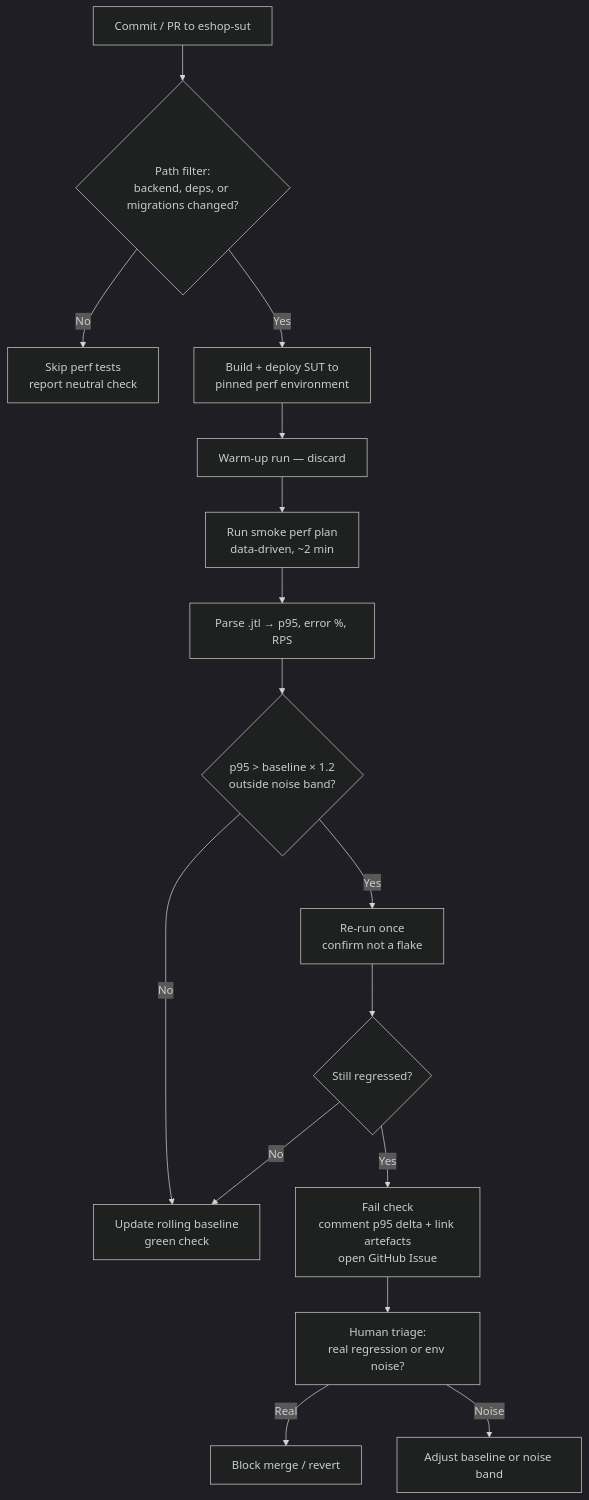
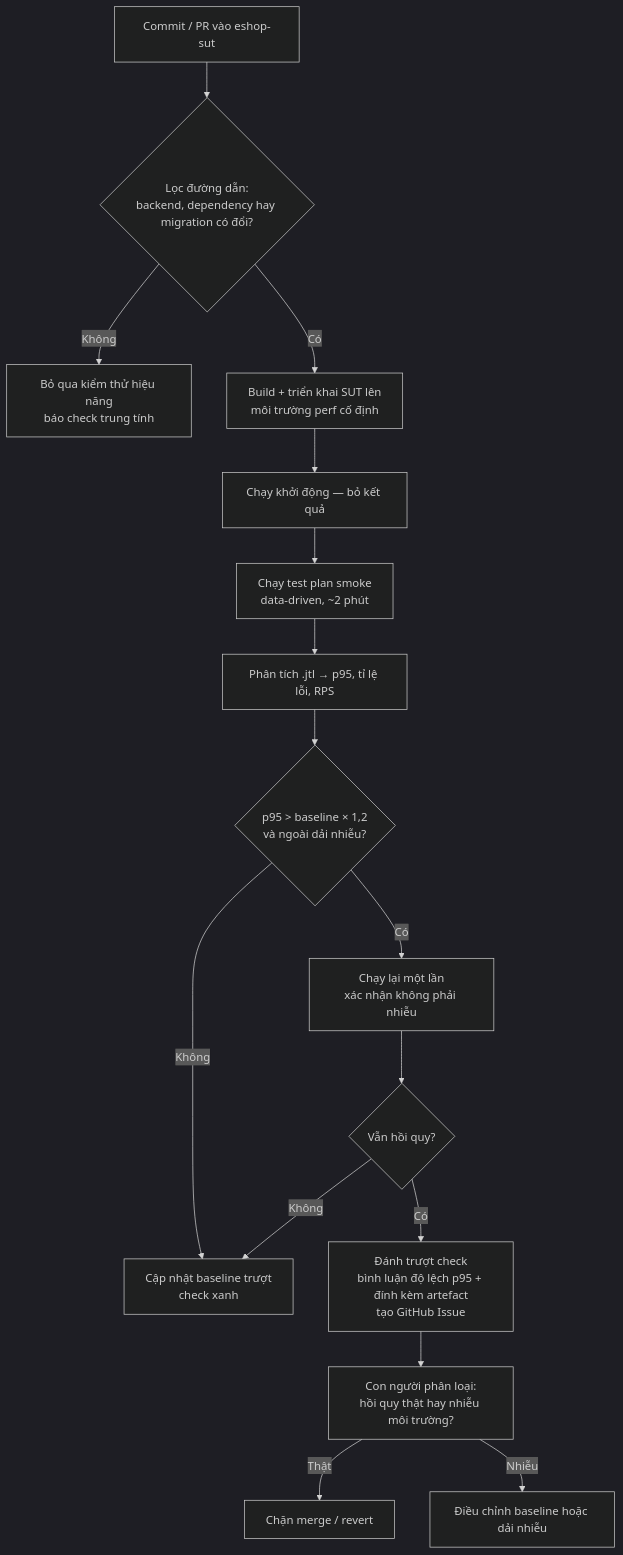
The diagram in hw5/Main_Report.md (trwng-thdat/software-testing), drawn with Mermaid (dark theme) before and after one commit. The commit also changed other lines of this file and 1 other file, not shown here.

First line of the commit message:
docs(hw5): dịch báo cáo chính và AI audit report sang tiếng Việt

````diff
--- a/hw5/Main_Report.md
+++ b/hw5/Main_Report.md
@@ -436,18 +436,18 @@
 ```mermaid
 flowchart TD
-    A[Commit / PR to eshop-sut] --> B{Path filter:<br/>backend, deps, or migrations changed?}
-    B -- No --> Z[Skip perf tests<br/>report neutral check]
-    B -- Yes --> C[Build + deploy SUT to<br/>pinned perf environment]
-    C --> D[Warm-up run — discard]
-    D --> E[Run smoke perf plan<br/>data-driven, ~2 min]
-    E --> F[Parse .jtl → p95, error %, RPS]
-    F --> G{p95 > baseline × 1.2<br/>outside noise band?}
-    G -- No --> H[Update rolling baseline<br/>green check]
-    G -- Yes --> I[Re-run once<br/>confirm not a flake]
-    I --> J{Still regressed?}
-    J -- No --> H
-    J -- Yes --> K[Fail check<br/>comment p95 delta + link artefacts<br/>open GitHub Issue]
-    K --> L[Human triage:<br/>real regression or env noise?]
-    L -- Real --> M[Block merge / revert]
-    L -- Noise --> N[Adjust baseline or noise band]
+    A[Commit / PR vào eshop-sut] --> B{Lọc đường dẫn:<br/>backend, dependency hay migration có đổi?}
+    B -- Không --> Z[Bỏ qua kiểm thử hiệu năng<br/>báo check trung tính]
+    B -- Có --> C[Build + triển khai SUT lên<br/>môi trường perf cố định]
+    C --> D[Chạy khởi động — bỏ kết quả]
+    D --> E[Chạy test plan smoke<br/>data-driven, ~2 phút]
+    E --> F[Phân tích .jtl → p95, tỉ lệ lỗi, RPS]
+    F --> G{p95 > baseline × 1,2<br/>và ngoài dải nhiễu?}
+    G -- Không --> H[Cập nhật baseline trượt<br/>check xanh]
+    G -- Có --> I[Chạy lại một lần<br/>xác nhận không phải nhiễu]
+    I --> J{Vẫn hồi quy?}
+    J -- Không --> H
+    J -- Có --> K[Đánh trượt check<br/>bình luận độ lệch p95 + đính kèm artefact<br/>tạo GitHub Issue]
+    K --> L[Con người phân loại:<br/>hồi quy thật hay nhiễu môi trường?]
+    L -- Thật --> M[Chặn merge / revert]
+    L -- Nhiễu --> N[Điều chỉnh baseline hoặc dải nhiễu]
 ```
````
